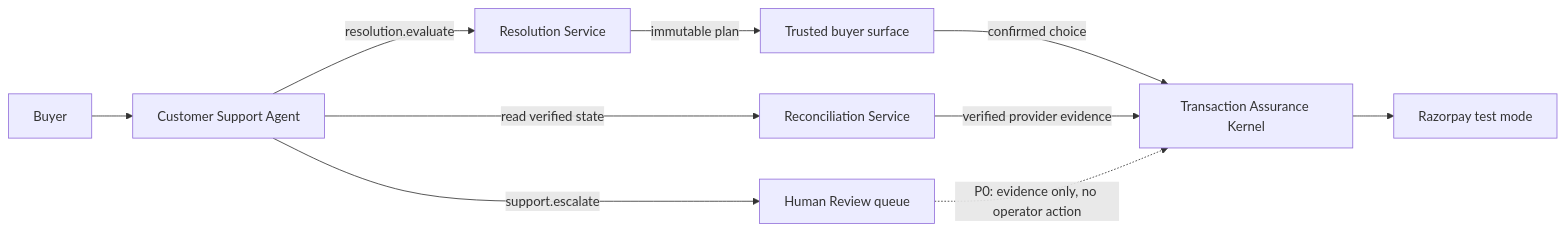
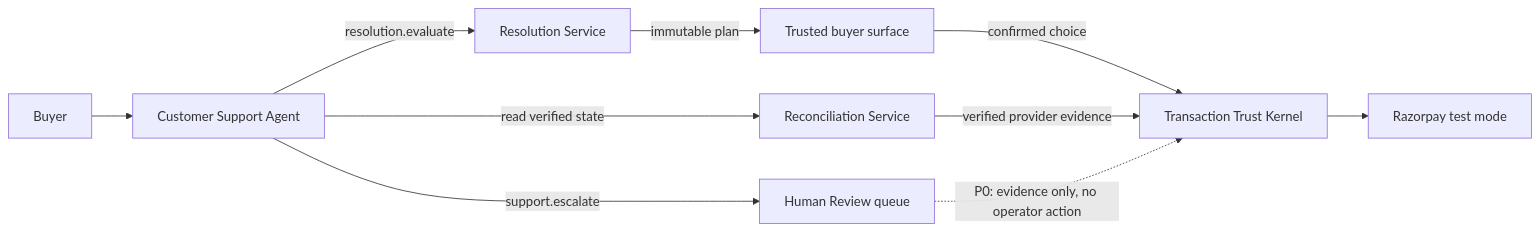
The second of 5 diagrams in PROJECT_SPECIFICATION.md (vedanttyagitech-developer/RazorSharp-Agentic-Commerce-and-AI-based-Business-Growth-Platform), drawn with Mermaid before and after one commit. The commit also changed other lines of this file and 16 other files, not shown here.

First line of the commit message:
The kernel is the Transaction Trust Kernel, in every document and docstring

````diff
--- a/PROJECT_SPECIFICATION.md
+++ b/PROJECT_SPECIFICATION.md
@@ -554,12 +554,12 @@
 ```mermaid
 flowchart LR
     Buyer["Buyer"] --> Agent["Customer Support Agent"]
     Agent -->|"read verified state"| Recon["Reconciliation Service"]
     Agent -->|"resolution.evaluate"| Resolve["Resolution Service"]
     Agent -->|"support.escalate"| Review["Human Review queue"]
     Resolve -->|"immutable plan"| Trusted["Trusted buyer surface"]
-    Trusted -->|"confirmed choice"| Kernel["Transaction Assurance Kernel"]
+    Trusted -->|"confirmed choice"| Kernel["Transaction Trust Kernel"]
     Recon -->|"verified provider evidence"| Kernel
     Kernel --> RZP["Razorpay test mode"]
     Review -.->|"P0: evidence only, no operator action"| Kernel
 ```
````
